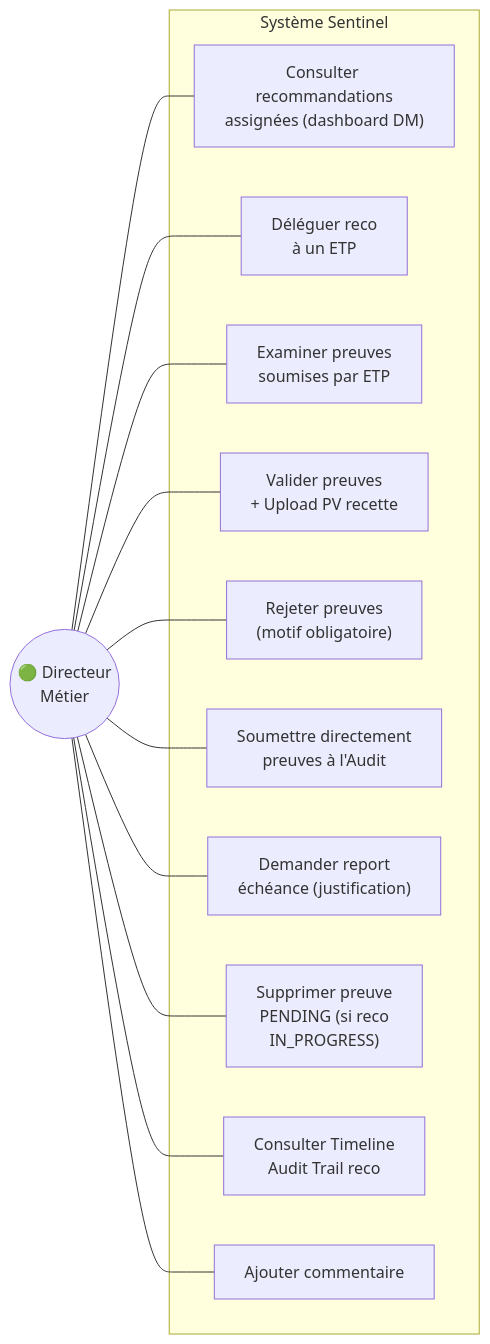
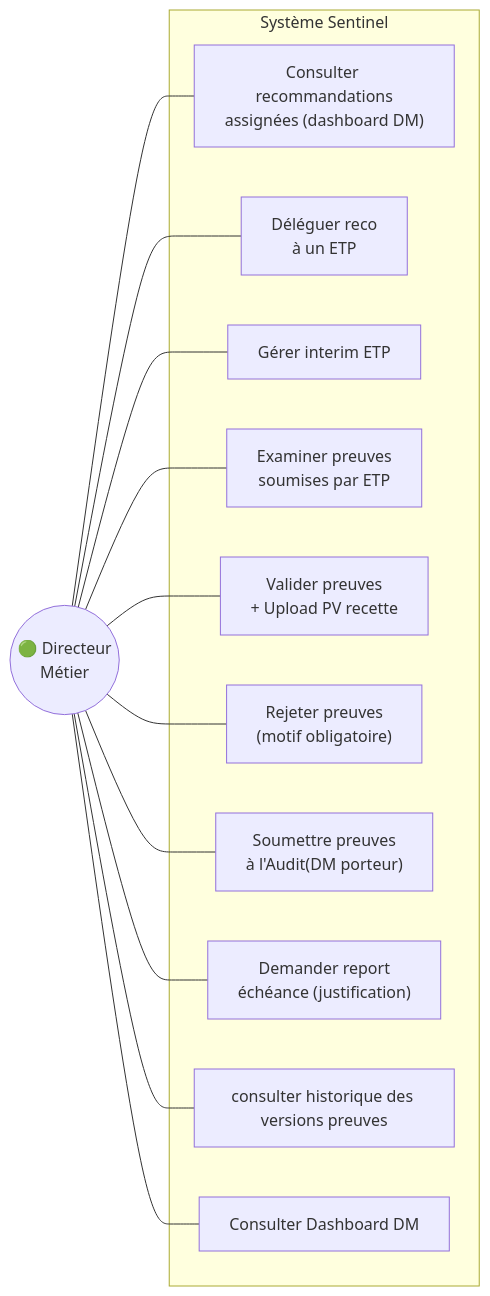
One commit to Tchendjou2003/bicec--Sentinel changed the fifth of 24 diagrams in _bmad-output/planning-artifacts/architecture-v2.md. Above: the diagram before and after it, drawn with Mermaid. The commit also changed other lines of this file and 7 other files, not shown here.

Commit message:
feat: add planning artifacts including UX design specifications, architecture, and project documentation

````diff
--- a/_bmad-output/planning-artifacts/architecture-v2.md
+++ b/_bmad-output/planning-artifacts/architecture-v2.md
@@ -673,28 +704,28 @@
 ```mermaid
 flowchart LR
     subgraph "Système Sentinel"
         UC1["Consulter recommandations\nassignées (dashboard DM)"]
         UC2["Déléguer reco\nà un ETP"]
-        UC3["Examiner preuves\nsoumises par ETP"]
-        UC4["Valider preuves\n+ Upload PV recette"]
-        UC5["Rejeter preuves\n(motif obligatoire)"]
-        UC6["Soumettre directement\npreuves à l'Audit"]
-        UC7["Demander report\néchéance (justification)"]
-        UC8["Supprimer preuve\nPENDING (si reco\nIN_PROGRESS)"]
-        UC9["Consulter Timeline\nAudit Trail reco"]
-        UC10["Ajouter commentaire"]
+        UC3["Gérer interim ETP"]
+        UC4["Examiner preuves\nsoumises par ETP"]
+        UC5["Valider preuves\n+ Upload PV recette"]
+        UC6["Rejeter preuves\n(motif obligatoire)"]
+        UC7["Soumettre preuves\nà l'Audit(DM porteur)"]
+        UC8["Demander report\néchéance (justification)"]
+        UC9["consulter historique des versions preuves"]
+        UC10["Consulter Dashboard DM"]
     end
 
     DM(("🟢 Directeur\nMétier"))
 
     DM --- UC1
     DM --- UC2
     DM --- UC3
     DM --- UC4
     DM --- UC5
     DM --- UC6
     DM --- UC7
     DM --- UC8
     DM --- UC9
     DM --- UC10
 ```
````
